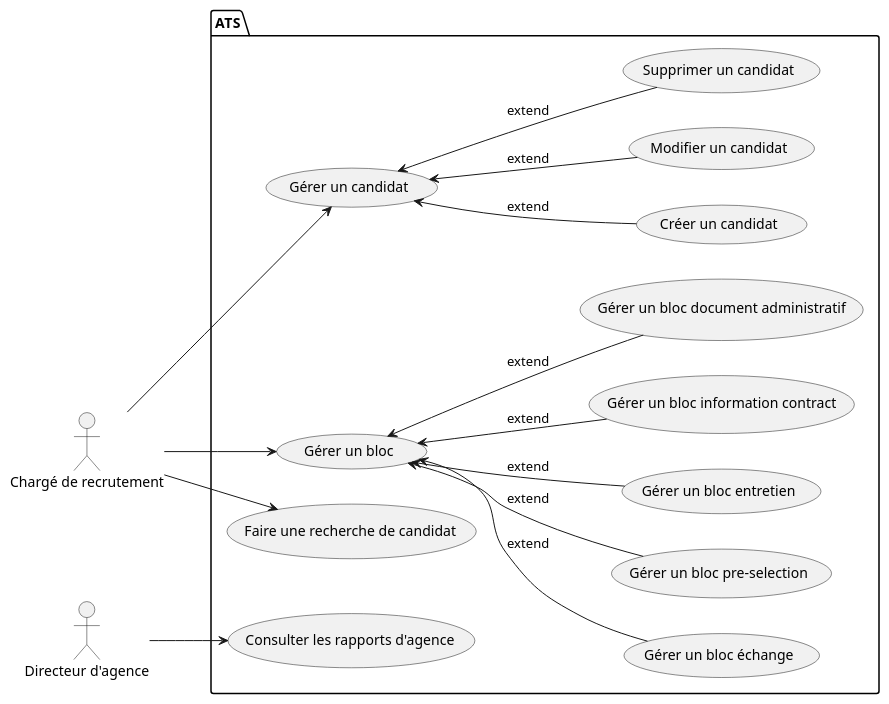
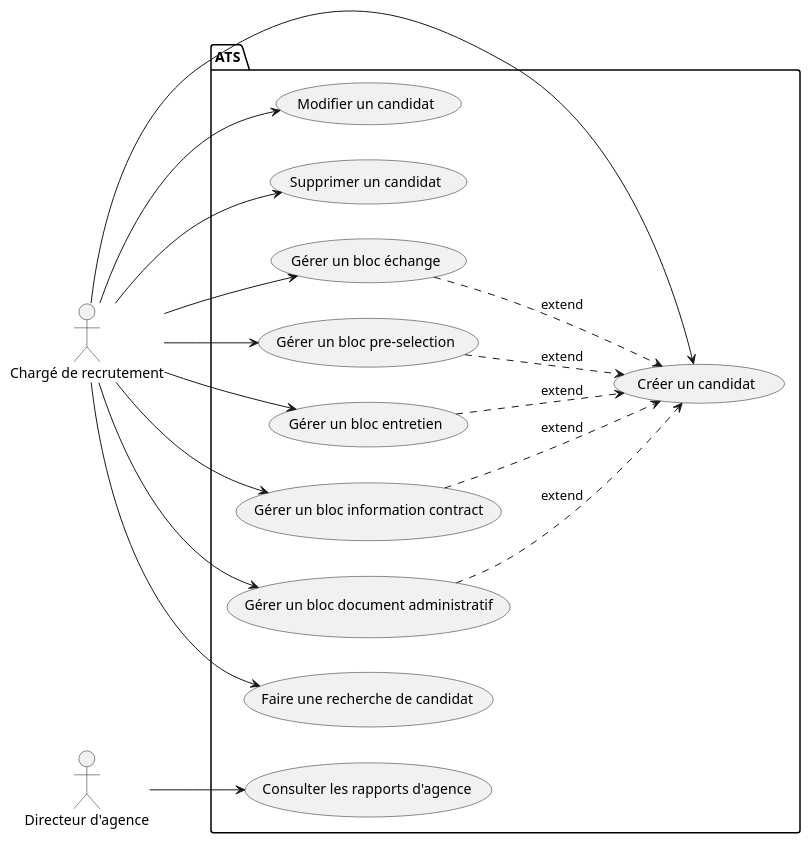
One commit to QuentinVdr/CompoMetier changed the fifth of 5 diagrams in README.md. Above: the diagram before and after it, drawn with PlantUML.

Commit message:
✨ Update UML diagrams in README.md

````diff
--- a/README.md
+++ b/README.md
@@ -105,33 +105,34 @@
 ```plantuml
 @startuml
 left to right direction
 actor "Chargé de recrutement" as cr
 actor "Directeur d'agence" as ad
 package ATS {
-  usecase "Gérer un candidat" as UC1
   usecase "Créer un candidat" as UC11
   usecase "Modifier un candidat" as UC12
   usecase "Supprimer un candidat" as UC13
-  usecase "Gérer un bloc" as UC2
   usecase "Gérer un bloc échange" as UC21
   usecase "Gérer un bloc pre-selection" as UC22
   usecase "Gérer un bloc entretien" as UC23
   usecase "Gérer un bloc information contract" as UC24
   usecase "Gérer un bloc document administratif" as UC25
   usecase "Faire une recherche de candidat" as UC3
   usecase "Consulter les rapports d'agence" as ADUC1
 }
-cr --> UC1
-UC1 <-- UC11 : extend
-UC1 <-- UC12 : extend
-UC1 <-- UC13 : extend
-cr --> UC2
-UC2 <-- UC21 : extend
-UC2 <-- UC22 : extend
-UC2 <-- UC23 : extend
-UC2 <-- UC24 : extend
-UC2 <-- UC25 : extend
+cr --> UC11
+cr --> UC12
+cr --> UC13
+cr --> UC21
+UC21 ..> UC11 : extend
+cr --> UC22
+UC22 ..> UC11 : extend
+cr --> UC23
+UC23 ..> UC11 : extend
+cr --> UC24
+UC24 ..> UC11 : extend
+cr --> UC25
+UC25 ..> UC11 : extend
 cr --> UC3
 ad --> ADUC1
 @enduml
 ```
````
